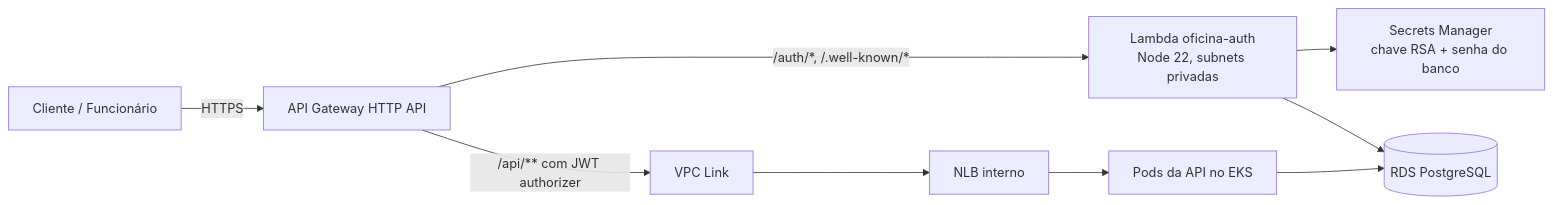
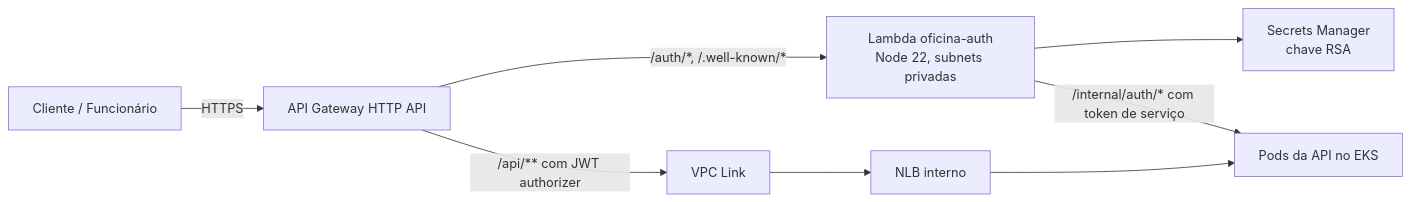
Before and after one commit to KauaAlmeidaSilveira/fiap-15soat-oficina-lambda-auth: the diagram in README.md, drawn with Mermaid. The commit also changed other lines of this file and 14 other files, not shown here.

````diff
--- a/README.md
+++ b/README.md
@@ -14,10 +14,9 @@
 ```mermaid
 flowchart LR
     U[Cliente / Funcionário] -->|HTTPS| GW[API Gateway HTTP API]
     GW -->|/auth/*, /.well-known/*| L[Lambda oficina-auth<br/>Node 22, subnets privadas]
     GW -->|/api/** com JWT authorizer| VL[VPC Link]
     VL --> NLB[NLB interno] --> API[Pods da API no EKS]
-    L --> SM[Secrets Manager<br/>chave RSA + senha do banco]
-    L --> RDS[(RDS PostgreSQL)]
-    API --> RDS
+    L --> SM[Secrets Manager<br/>chave RSA]
+    L -->|/internal/auth/* com token de serviço| API
 ```
````
